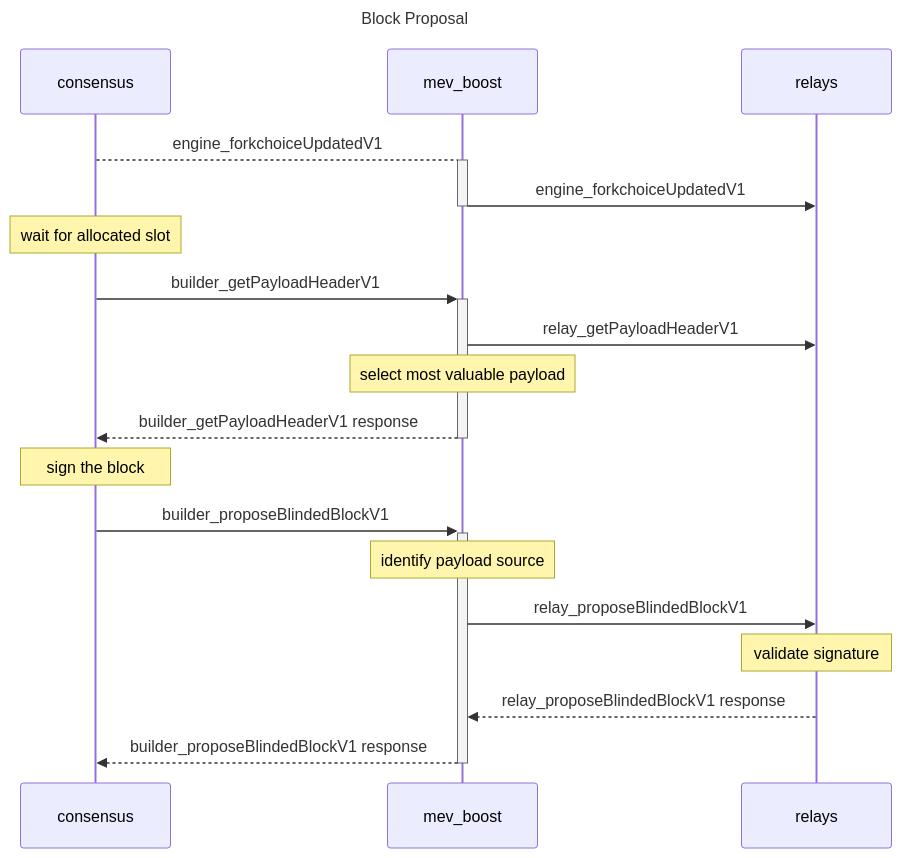
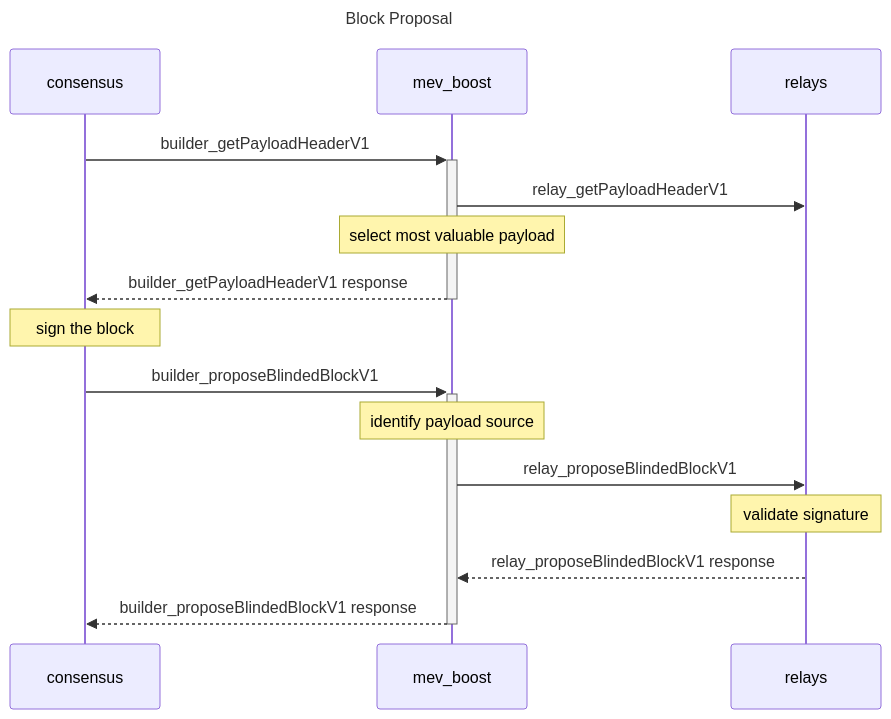
Before and after one commit to flashbots/mev-boost: the diagram in README.md, drawn with Mermaid. The commit also changed 7 other files, not shown here.

````diff
--- a/README.md
+++ b/README.md
@@ -13,18 +13,15 @@
 ```mermaid
 sequenceDiagram
     Title: Block Proposal
-    consensus-->+mev_boost: engine_forkchoiceUpdatedV1
-    mev_boost->>-relays: engine_forkchoiceUpdatedV1
-    Note over consensus: wait for allocated slot
     consensus->>+mev_boost: builder_getPayloadHeaderV1
     mev_boost->>relays: relay_getPayloadHeaderV1
     Note over mev_boost: select most valuable payload
     mev_boost-->>-consensus: builder_getPayloadHeaderV1 response
     Note over consensus: sign the block
     consensus->>+mev_boost: builder_proposeBlindedBlockV1
     Note over mev_boost: identify payload source
     mev_boost->>relays: relay_proposeBlindedBlockV1
     Note over relays: validate signature
     relays-->>mev_boost: relay_proposeBlindedBlockV1 response
     mev_boost-->>-consensus: builder_proposeBlindedBlockV1 response
 ```
````
